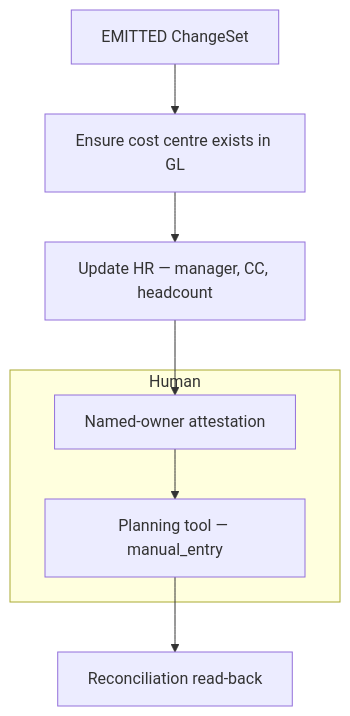
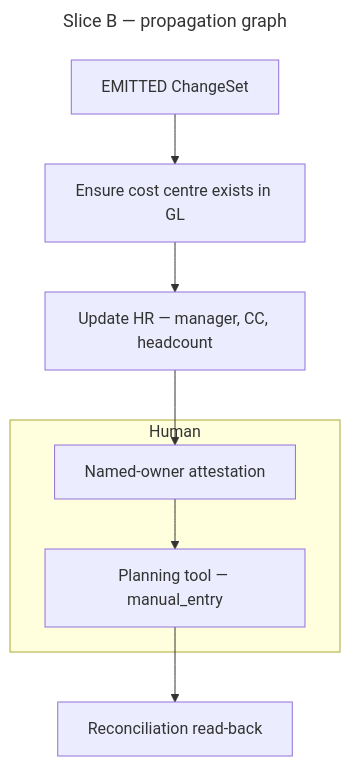
Before and after one commit to karinfdez/legal-reorg-intake: the second of 2 diagrams in docs/design.md, drawn with Mermaid. The commit also changed other lines of this file, not shown here.

First line of the commit message:
Doc polish: self-labeled diagrams, consistent voice, pagination, HRBP

````diff
--- a/docs/design.md
+++ b/docs/design.md
@@ -113,9 +116,12 @@
 ```mermaid
+---
+title: "Slice B — propagation graph"
+---
 flowchart TD
   changeset[EMITTED ChangeSet] --> gl[Ensure cost centre exists in GL] --> hr[Update HR — manager, CC, headcount]
   subgraph human [Human]
     attest[Named-owner attestation]
     plan[Planning tool — manual_entry]
   end
   hr --> attest --> plan --> recon[Reconciliation read-back]
 ```
````
